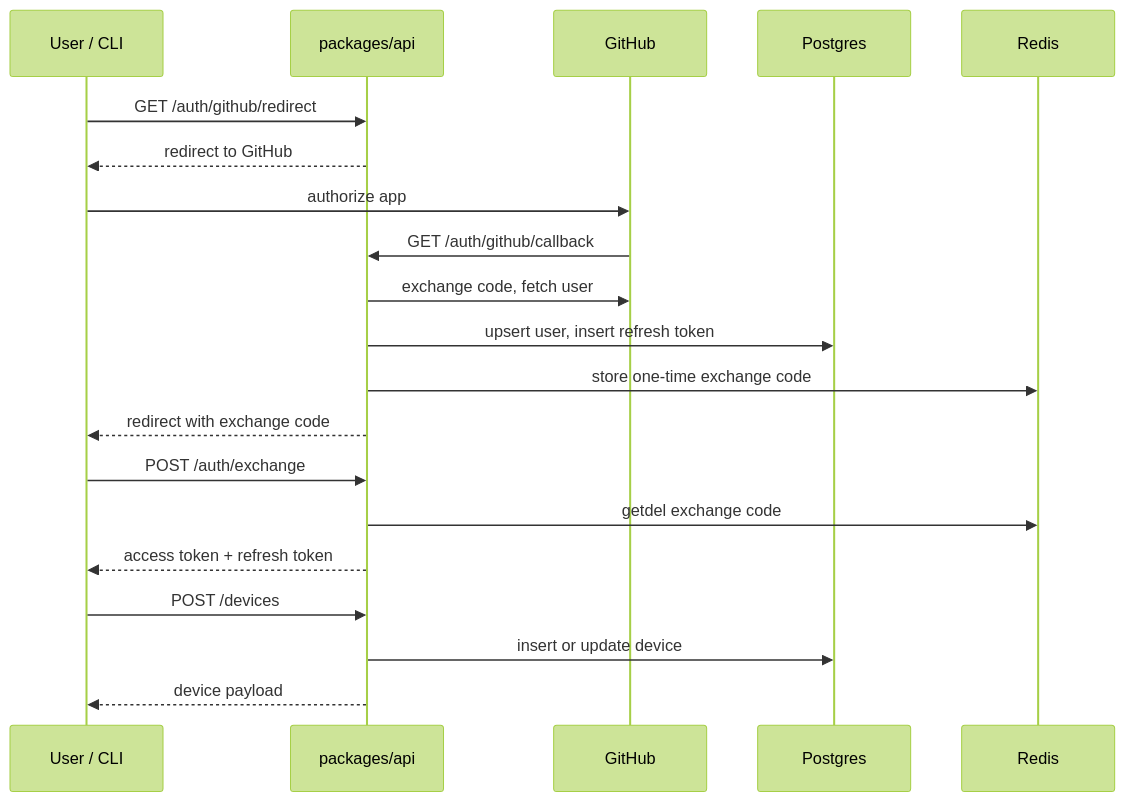
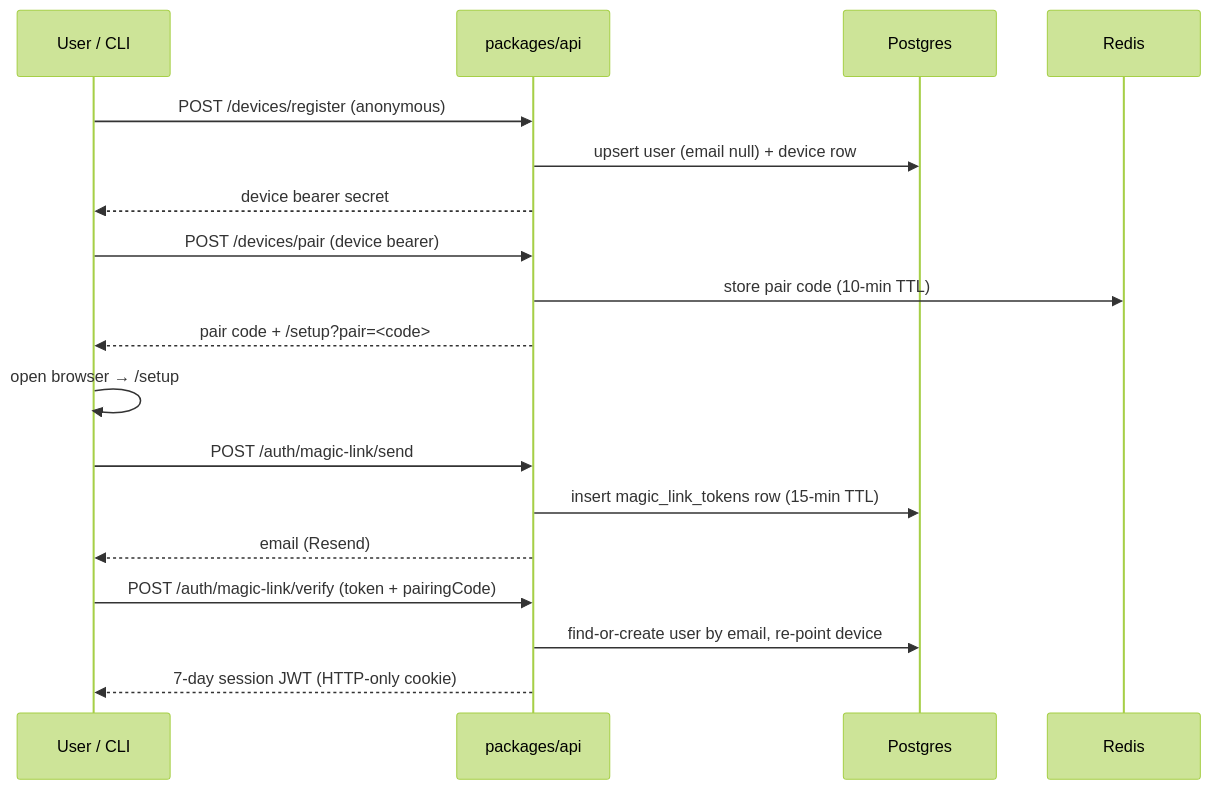
Before and after one commit to distroinfinity/devdrip: the second of 2 diagrams in gitbook-docs/architecture/overview.md, drawn with Mermaid (forest theme). The commit also changed other lines of this file and 49 other files, not shown here.

````diff
--- a/gitbook-docs/architecture/overview.md
+++ b/gitbook-docs/architecture/overview.md
@@ -61,23 +50,24 @@
 ```mermaid
 sequenceDiagram
   participant U as User / CLI
   participant API as packages/api
-  participant GH as GitHub
   participant DB as Postgres
   participant R as Redis
 
-  U->>API: GET /auth/github/redirect
-  API-->>U: redirect to GitHub
-  U->>GH: authorize app
-  GH->>API: GET /auth/github/callback
-  API->>GH: exchange code, fetch user
-  API->>DB: upsert user, insert refresh token
-  API->>R: store one-time exchange code
-  API-->>U: redirect with exchange code
-  U->>API: POST /auth/exchange
-  API->>R: getdel exchange code
-  API-->>U: access token + refresh token
-  U->>API: POST /devices
-  API->>DB: insert or update device
-  API-->>U: device payload
+  U->>API: POST /devices/register (anonymous)
+  API->>DB: upsert user (email null) + device row
+  API-->>U: device bearer secret
+
+  U->>API: POST /devices/pair (device bearer)
+  API->>R: store pair code (10-min TTL)
+  API-->>U: pair code + /setup?pair=<code>
+
+  U->>U: open browser → /setup
+  U->>API: POST /auth/magic-link/send
+  API->>DB: insert magic_link_tokens row (15-min TTL)
+  API-->>U: email (Resend)
+
+  U->>API: POST /auth/magic-link/verify (token + pairingCode)
+  API->>DB: find-or-create user by email, re-point device
+  API-->>U: 7-day session JWT (HTTP-only cookie)
 ```
````
